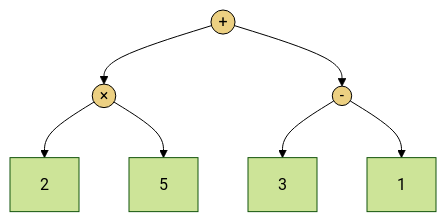
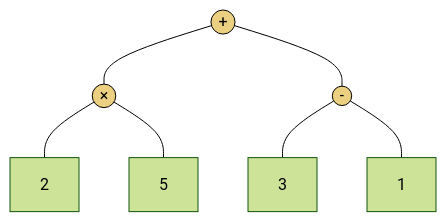
One commit to ruslylove/datastruct changed the third of 9 diagrams in lectures/lect-9-Trees.md. Above: the diagram before and after it, drawn with Mermaid (forest theme). The commit also changed other lines of this file and 19 other files, not shown here.

````diff
--- a/lectures/lect-9-Trees.md
+++ b/lectures/lect-9-Trees.md
@@ -284,18 +315,18 @@
 ```mermaid
 graph TD
     A((#43;))
     B((#215;))
     C((#45;))
 
-    A --> B
-    A --> C
-    B --> D["2"]
-    B --> E["5"]
-    C --> F["3"]
-    C --> G["1"]
+    A --- B
+    A --- C
+    B --- D["2"]
+    B --- E["5"]
+    C --- F["3"]
+    C --- G["1"]
 
     style A fill:#ecd082,stroke:black;
     style B fill:#ecd082,stroke:black;
     style C fill:#ecd082,stroke:black;
 
 ```
````
